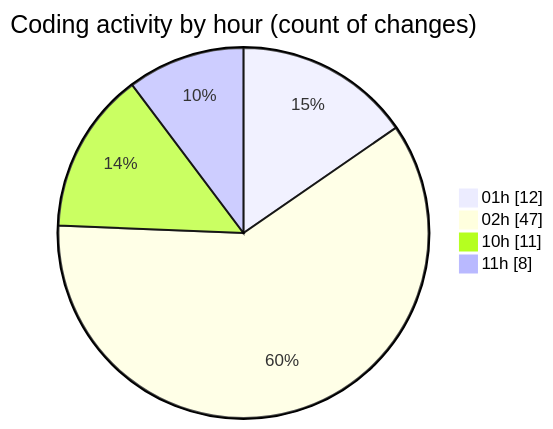
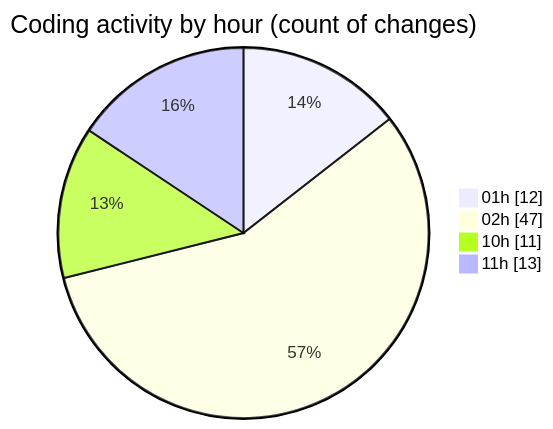
The second of 2 diagrams in 2025-10-24/eventscop-frontend-guide__workspace_/README.md (julien-gomy/code-tracking), drawn with Mermaid before and after one commit. The commit also changed other lines of this file and 1 other file, not shown here.

````diff
--- a/2025-10-24/eventscop-frontend-guide__workspace_/README.md
+++ b/2025-10-24/eventscop-frontend-guide__workspace_/README.md
@@ -49,8 +49,8 @@
 ```mermaid
 pie showData
 title Coding activity by hour (count of changes)
 "01h" : 12
 "02h" : 47
 "10h" : 11
-"11h" : 8
+"11h" : 13
 ```
````
